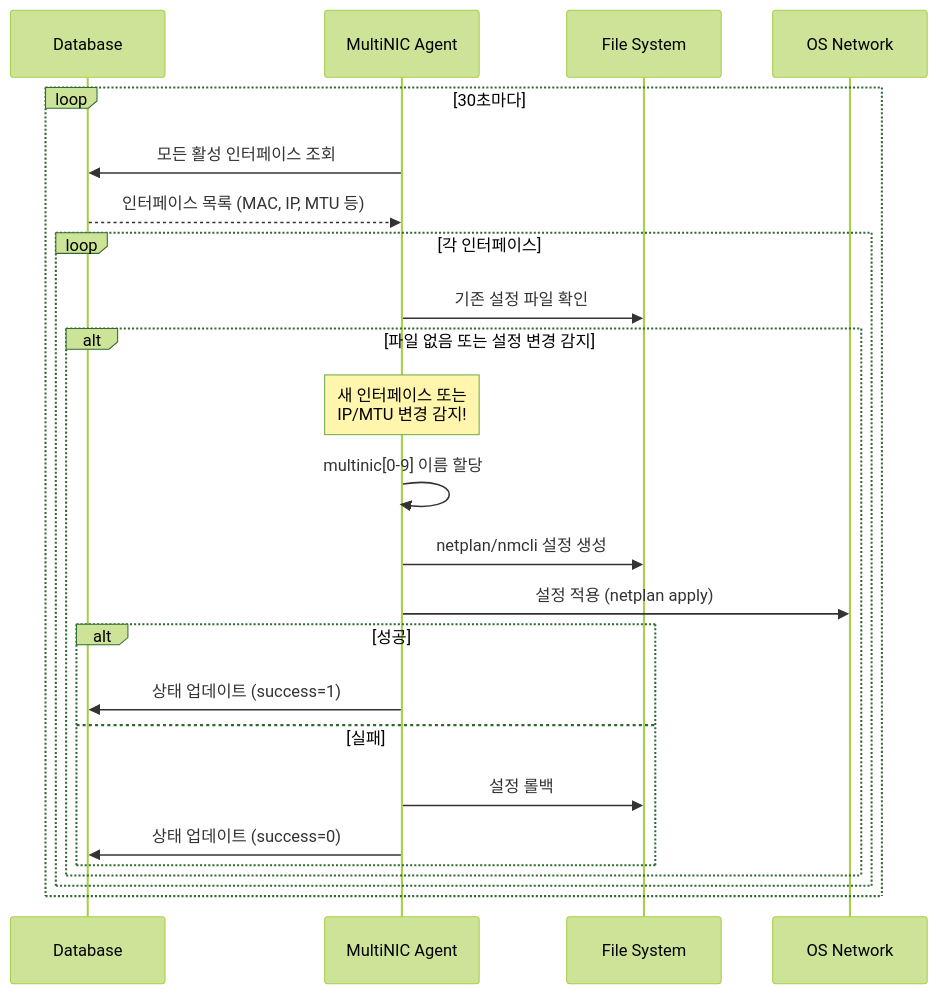
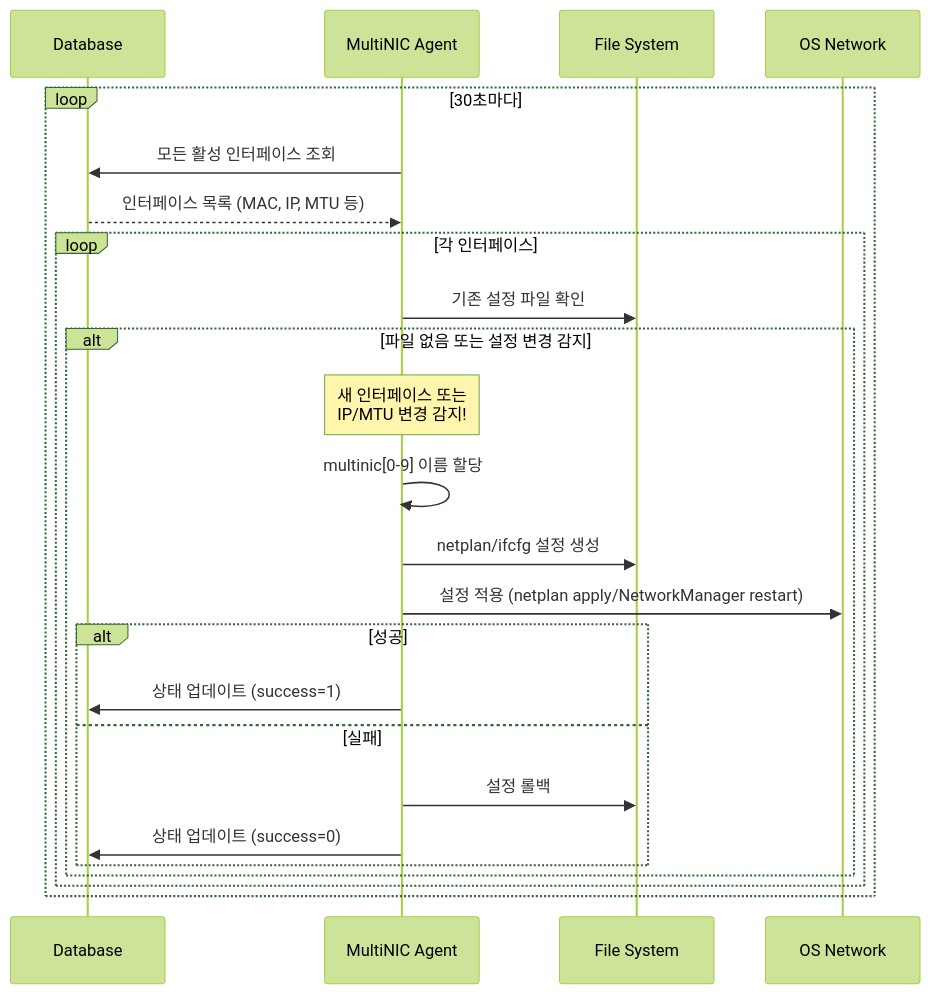
Before and after one commit to Minzino/multinic-agent: the second of 3 diagrams in README.md, drawn with Mermaid (forest theme). The commit also changed other lines of this file, not shown here.

````diff
--- a/README.md
+++ b/README.md
@@ -122,29 +122,29 @@
 ```mermaid
 sequenceDiagram
     participant DB as Database
     participant Agent as MultiNIC Agent
     participant FS as File System
     participant OS as OS Network
 
     loop 30초마다
         Agent->>DB: 모든 활성 인터페이스 조회
         DB-->>Agent: 인터페이스 목록 (MAC, IP, MTU 등)
         
         loop 각 인터페이스
             Agent->>FS: 기존 설정 파일 확인
             alt 파일 없음 또는 설정 변경 감지
                 Note over Agent: 새 인터페이스 또는<br/>IP/MTU 변경 감지!
                 Agent->>Agent: multinic[0-9] 이름 할당
-                Agent->>FS: netplan/nmcli 설정 생성
-                Agent->>OS: 설정 적용 (netplan apply)
+                Agent->>FS: netplan/ifcfg 설정 생성
+                Agent->>OS: 설정 적용 (netplan apply/NetworkManager restart)
                 
                 alt 성공
                     Agent->>DB: 상태 업데이트 (success=1)
                 else 실패
                     Agent->>FS: 설정 롤백
                     Agent->>DB: 상태 업데이트 (success=0)
                 end
             end
         end
     end
 ```
````
